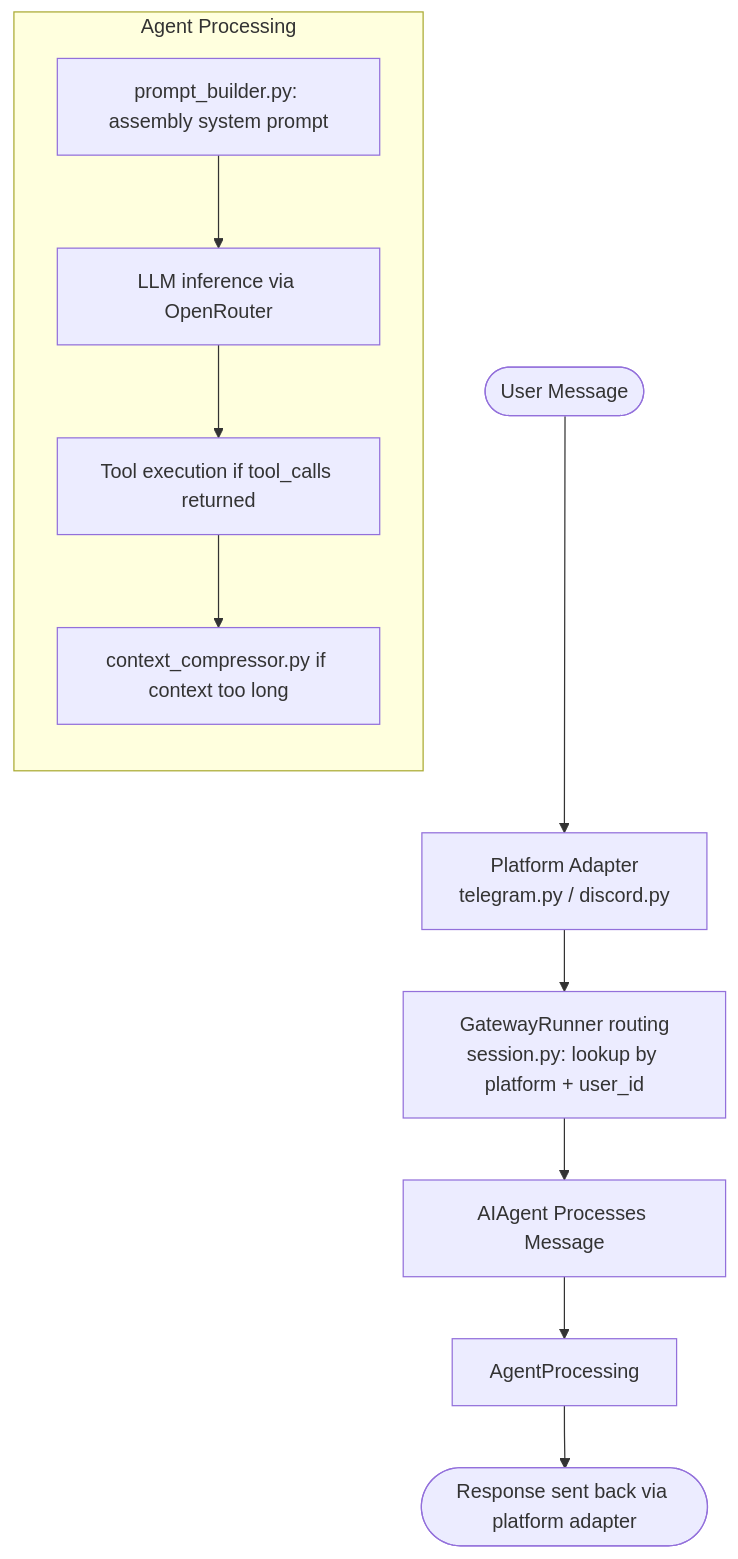
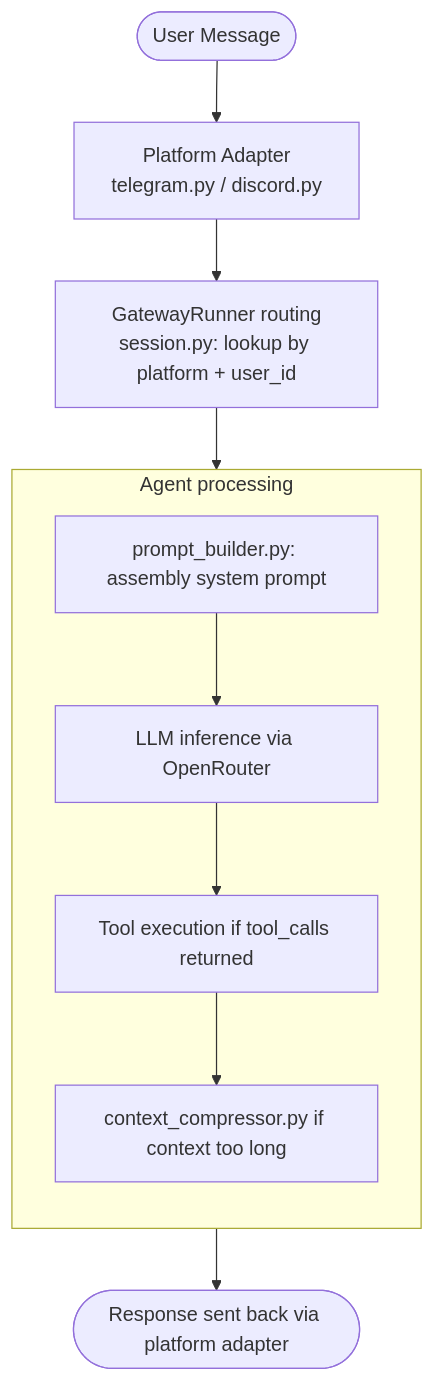
One commit to docxology/codomyrmex changed the second of 2 diagrams in docs/agents/hermes/gateway.md. Above: the diagram before and after it, drawn with Mermaid. The commit also changed other lines of this file and 86 other files, not shown here.

````diff
--- a/docs/agents/hermes/gateway.md
+++ b/docs/agents/hermes/gateway.md
@@ -38,16 +38,15 @@
 ```mermaid
 flowchart TD
     User([User Message]) --> Adapter[Platform Adapter<br/>telegram.py / discord.py]
     Adapter --> Router[GatewayRunner routing<br/>session.py: lookup by platform + user_id]
-    Router --> Agent[AIAgent Processes Message]
-    
-    subgraph Agent Processing
+    Router --> PBuild[prompt_builder.py: assembly system prompt]
+
+    subgraph agentProc [Agent processing]
         direction TB
-        PBuild[prompt_builder.py: assembly system prompt] --> Inference[LLM inference via OpenRouter]
+        PBuild --> Inference[LLM inference via OpenRouter]
         Inference --> Tools[Tool execution if tool_calls returned]
         Tools --> Compress[context_compressor.py if context too long]
     end
-    
-    Agent --> AgentProcessing
-    AgentProcessing --> Response([Response sent back via platform adapter])
+
+    Compress --> Response([Response sent back via platform adapter])
 ```
````
